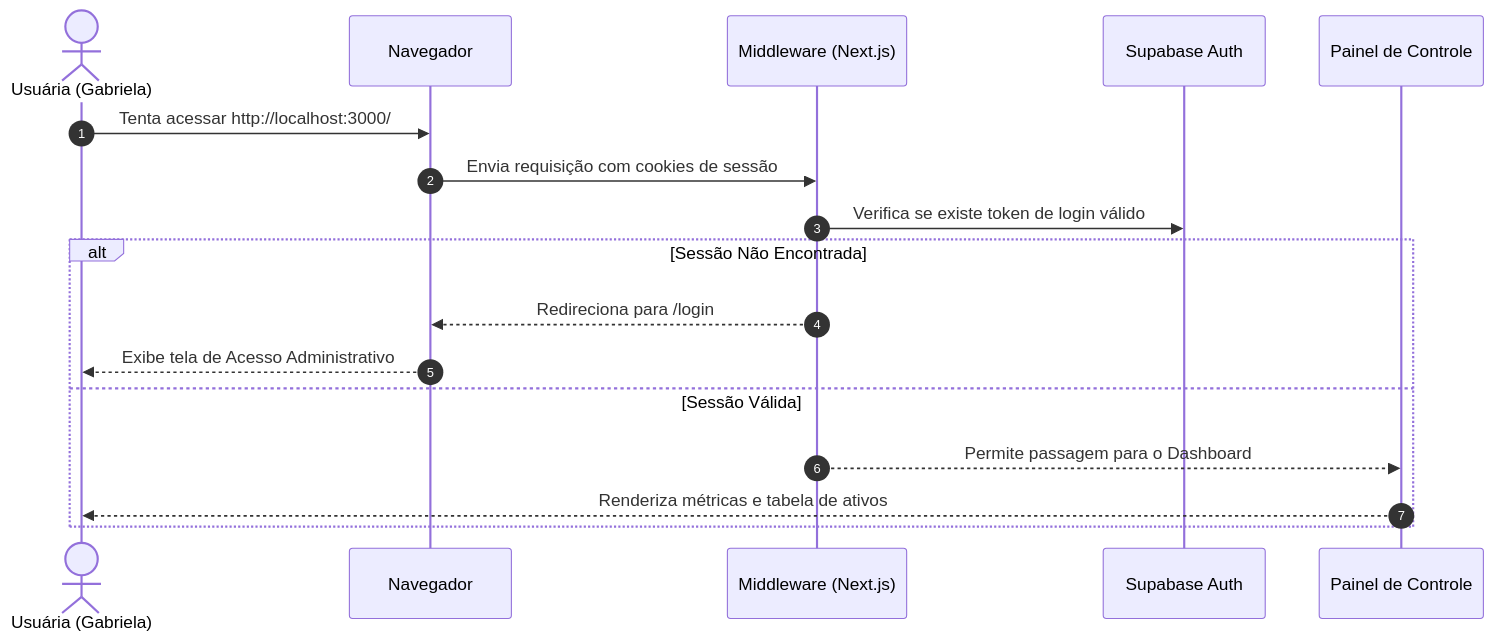
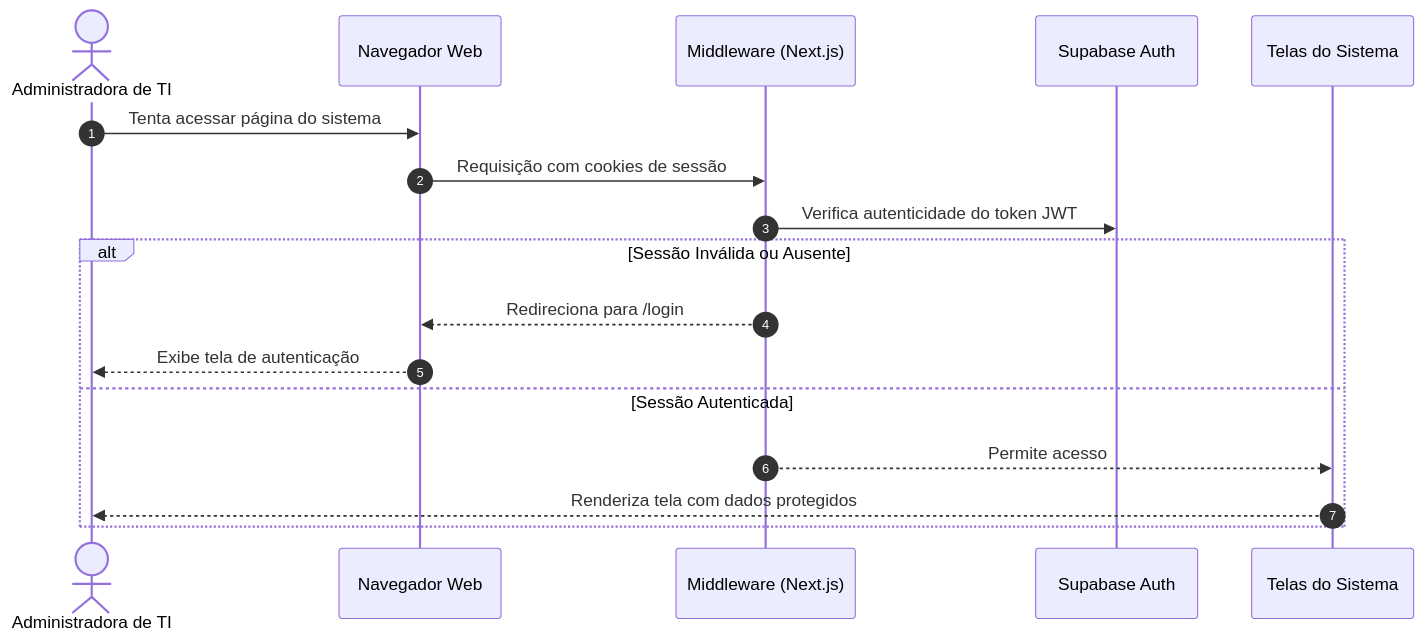
One commit to gabinethe/inventario-ti changed the third of 3 diagrams in README.md. Above: the diagram before and after it, drawn with Mermaid. The commit also changed other lines of this file, not shown here.

Commit message:
docs: reformula apresentacao do projeto com foco executivo e funcionalidades

````diff
--- a/README.md
+++ b/README.md
@@ -90,20 +126,20 @@
 ```mermaid
 sequenceDiagram
     autonumber
-    actor User as Usuária (Gabriela)
-    participant Browser as Navegador
+    actor Admin as Administradora de TI
+    participant Browser as Navegador Web
     participant MW as Middleware (Next.js)
     participant Auth as Supabase Auth
-    participant Dashboard as Painel de Controle
+    participant System as Telas do Sistema
 
-    User->>Browser: Tenta acessar http://localhost:3000/
-    Browser->>MW: Envia requisição com cookies de sessão
-    MW->>Auth: Verifica se existe token de login válido
-    alt Sessão Não Encontrada
+    Admin->>Browser: Tenta acessar página do sistema
+    Browser->>MW: Requisição com cookies de sessão
+    MW->>Auth: Verifica autenticidade do token JWT
+    alt Sessão Inválida ou Ausente
         MW-->>Browser: Redireciona para /login
-        Browser-->>User: Exibe tela de Acesso Administrativo
-    else Sessão Válida
-        MW-->>Dashboard: Permite passagem para o Dashboard
-        Dashboard-->>User: Renderiza métricas e tabela de ativos
+        Browser-->>Admin: Exibe tela de autenticação
+    else Sessão Autenticada
+        MW-->>System: Permite acesso
+        System-->>Admin: Renderiza tela com dados protegidos
     end
 ```
````
